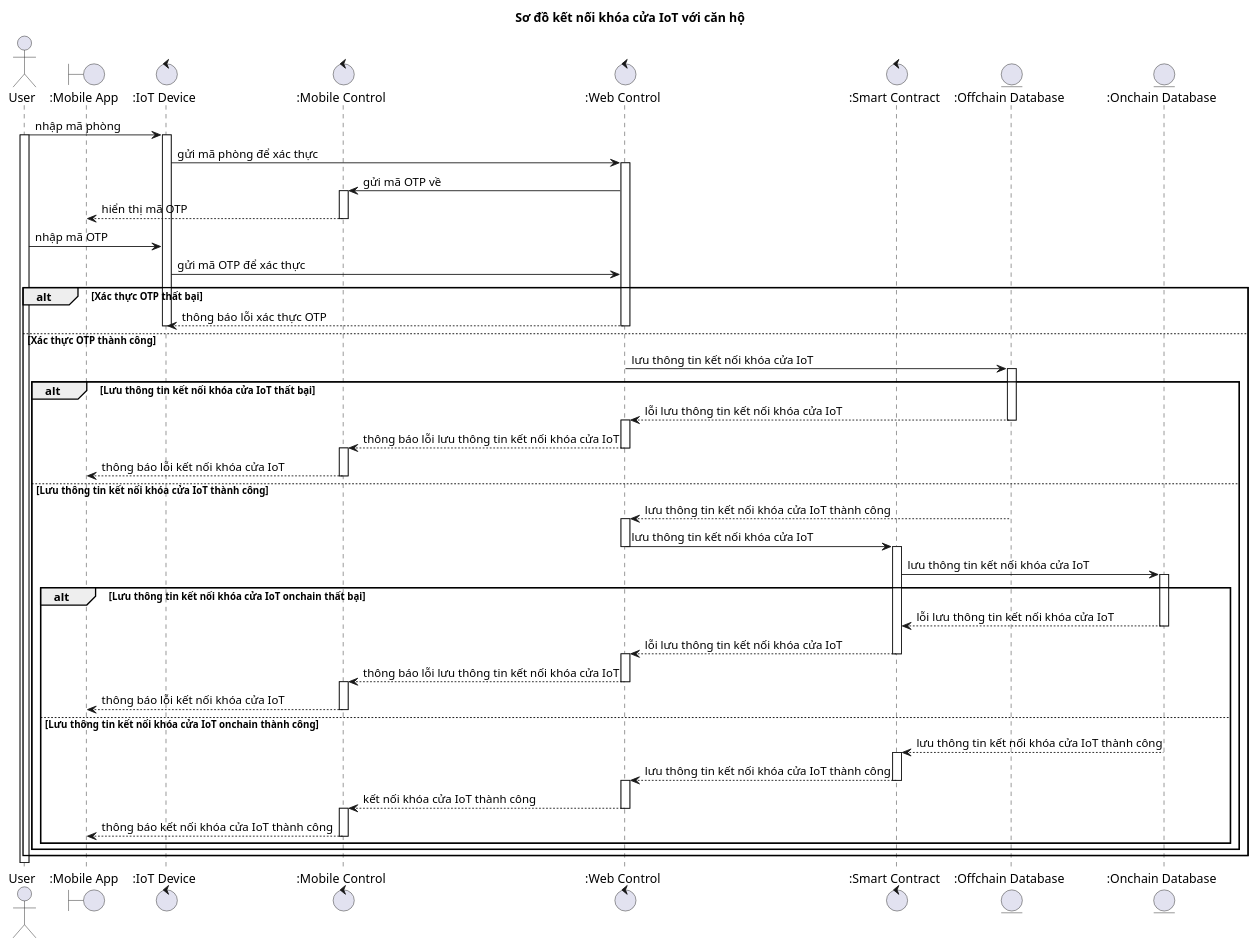
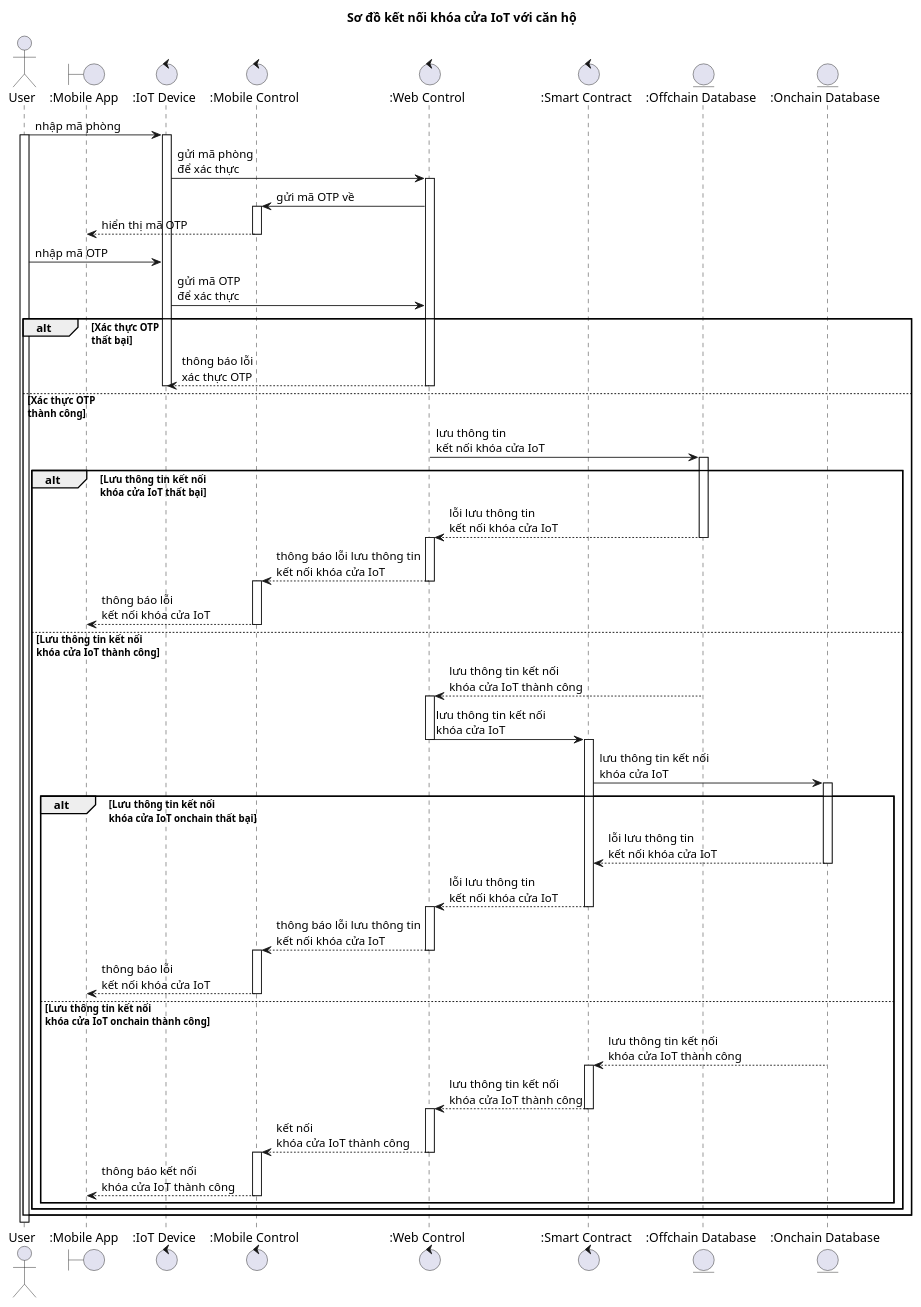
Before and after one commit to nho-moi-so/quan-ly-tim-kiem-phong-tro: the diagram in diagrams/sequences/owner/ketnoikhoacuaiot.puml, drawn with PlantUML. The commit also changed 19 other files, not shown here.

Commit message:
feat: initialize architecture diagrams and implement owner profile and feature structures

```diff
--- a/diagrams/sequences/owner/ketnoikhoacuaiot.puml
+++ b/diagrams/sequences/owner/ketnoikhoacuaiot.puml
@@ -12,79 +12,79 @@
 @startuml ketnoikhoacuaiot-sequence-diagram
 title "Sơ đồ kết nối khóa cửa IoT với căn hộ"
 actor User as User
 boundary ":Mobile App" as MobileApp
 control ":IoT Device" as IoTDevice
 control ":Mobile Control" as MobileControl
 control ":Web Control" as WebControl
 control ":Smart Contract" as SmartContract
 entity ":Offchain Database" as OffchainDatabase
 entity ":Onchain Database" as OnchainDatabase
 
 User -> IoTDevice: nhập mã phòng
 activate User
 activate IoTDevice
-IoTDevice -> WebControl: gửi mã phòng để xác thực
+IoTDevice -> WebControl: gửi mã phòng \nđể xác thực
 'có mã phòng
 activate WebControl
 WebControl -> MobileControl: gửi mã OTP về
 activate MobileControl
 MobileControl --> MobileApp: hiển thị mã OTP
 deactivate MobileControl
 User -> IoTDevice: nhập mã OTP
-IoTDevice -> WebControl: gửi mã OTP để xác thực
+IoTDevice -> WebControl: gửi mã OTP \nđể xác thực
 'otp không đúng
-alt Xác thực OTP thất bại
-    WebControl --> IoTDevice: thông báo lỗi xác thực OTP
+alt Xác thực OTP \nthất bại
+    WebControl --> IoTDevice: thông báo lỗi \nxác thực OTP
     deactivate WebControl
     deactivate IoTDevice
-else Xác thực OTP thành công
-    WebControl -> OffchainDatabase: lưu thông tin kết nối khóa cửa IoT
+else Xác thực OTP \nthành công
+    WebControl -> OffchainDatabase: lưu thông tin \nkết nối khóa cửa IoT
     activate OffchainDatabase
-    alt Lưu thông tin kết nối khóa cửa IoT thất bại
-        OffchainDatabase --> WebControl: lỗi lưu thông tin kết nối khóa cửa IoT
+    alt Lưu thông tin kết nối \nkhóa cửa IoT thất bại
+        OffchainDatabase --> WebControl: lỗi lưu thông tin \nkết nối khóa cửa IoT
         deactivate OffchainDatabase
         activate WebControl
-        WebControl --> MobileControl: thông báo lỗi lưu thông tin kết nối khóa cửa IoT
+        WebControl --> MobileControl: thông báo lỗi lưu thông tin \nkết nối khóa cửa IoT
         deactivate WebControl
         activate MobileControl
-        MobileControl --> MobileApp: thông báo lỗi kết nối khóa cửa IoT
+        MobileControl --> MobileApp: thông báo lỗi \nkết nối khóa cửa IoT
         deactivate MobileControl
-    else Lưu thông tin kết nối khóa cửa IoT thành công
-        OffchainDatabase --> WebControl: lưu thông tin kết nối khóa cửa IoT thành công
+    else Lưu thông tin kết nối \nkhóa cửa IoT thành công
+        OffchainDatabase --> WebControl: lưu thông tin kết nối \nkhóa cửa IoT thành công
         deactivate OffchainDatabase
         activate WebControl
-        WebControl -> SmartContract: lưu thông tin kết nối khóa cửa IoT
+        WebControl -> SmartContract: lưu thông tin kết nối \nkhóa cửa IoT
         deactivate WebControl
         activate SmartContract
-        SmartContract -> OnchainDatabase: lưu thông tin kết nối khóa cửa IoT
+        SmartContract -> OnchainDatabase: lưu thông tin kết nối \nkhóa cửa IoT
         activate OnchainDatabase
-        alt Lưu thông tin kết nối khóa cửa IoT onchain thất bại
-            OnchainDatabase --> SmartContract: lỗi lưu thông tin kết nối khóa cửa IoT
+        alt Lưu thông tin kết nối \nkhóa cửa IoT onchain thất bại
+            OnchainDatabase --> SmartContract: lỗi lưu thông tin \nkết nối khóa cửa IoT
             deactivate OnchainDatabase
-            SmartContract --> WebControl: lỗi lưu thông tin kết nối khóa cửa IoT
+            SmartContract --> WebControl: lỗi lưu thông tin \nkết nối khóa cửa IoT
             deactivate SmartContract
             activate WebControl
-            WebControl --> MobileControl: thông báo lỗi lưu thông tin kết nối khóa cửa IoT
+            WebControl --> MobileControl: thông báo lỗi lưu thông tin \nkết nối khóa cửa IoT
             deactivate WebControl
             activate MobileControl
-            MobileControl --> MobileApp: thông báo lỗi kết nối khóa cửa IoT
+            MobileControl --> MobileApp: thông báo lỗi \nkết nối khóa cửa IoT
             deactivate MobileControl
-        else Lưu thông tin kết nối khóa cửa IoT onchain thành công
-            OnchainDatabase --> SmartContract: lưu thông tin kết nối khóa cửa IoT thành công
+        else Lưu thông tin kết nối \nkhóa cửa IoT onchain thành công
+            OnchainDatabase --> SmartContract: lưu thông tin kết nối \nkhóa cửa IoT thành công
             deactivate OnchainDatabase
             activate SmartContract
-            SmartContract --> WebControl: lưu thông tin kết nối khóa cửa IoT thành công
+            SmartContract --> WebControl: lưu thông tin kết nối \nkhóa cửa IoT thành công
             deactivate SmartContract
             activate WebControl
-            WebControl --> MobileControl: kết nối khóa cửa IoT thành công
+            WebControl --> MobileControl: kết nối \nkhóa cửa IoT thành công
             deactivate WebControl
             activate MobileControl
-            MobileControl --> MobileApp: thông báo kết nối khóa cửa IoT thành công
+            MobileControl --> MobileApp: thông báo kết nối \nkhóa cửa IoT thành công
             deactivate MobileControl
         end
     end
 end
 deactivate MobileControl
 deactivate IoTDevice
 
 @enduml
```
